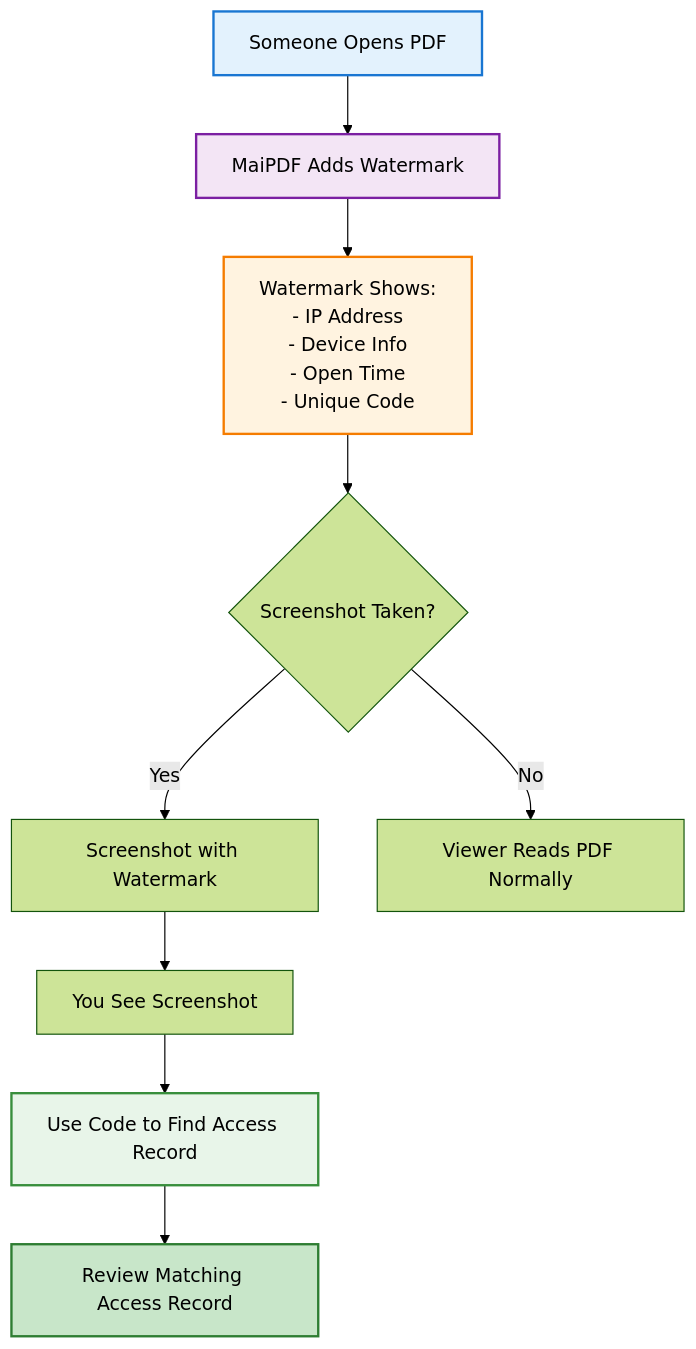
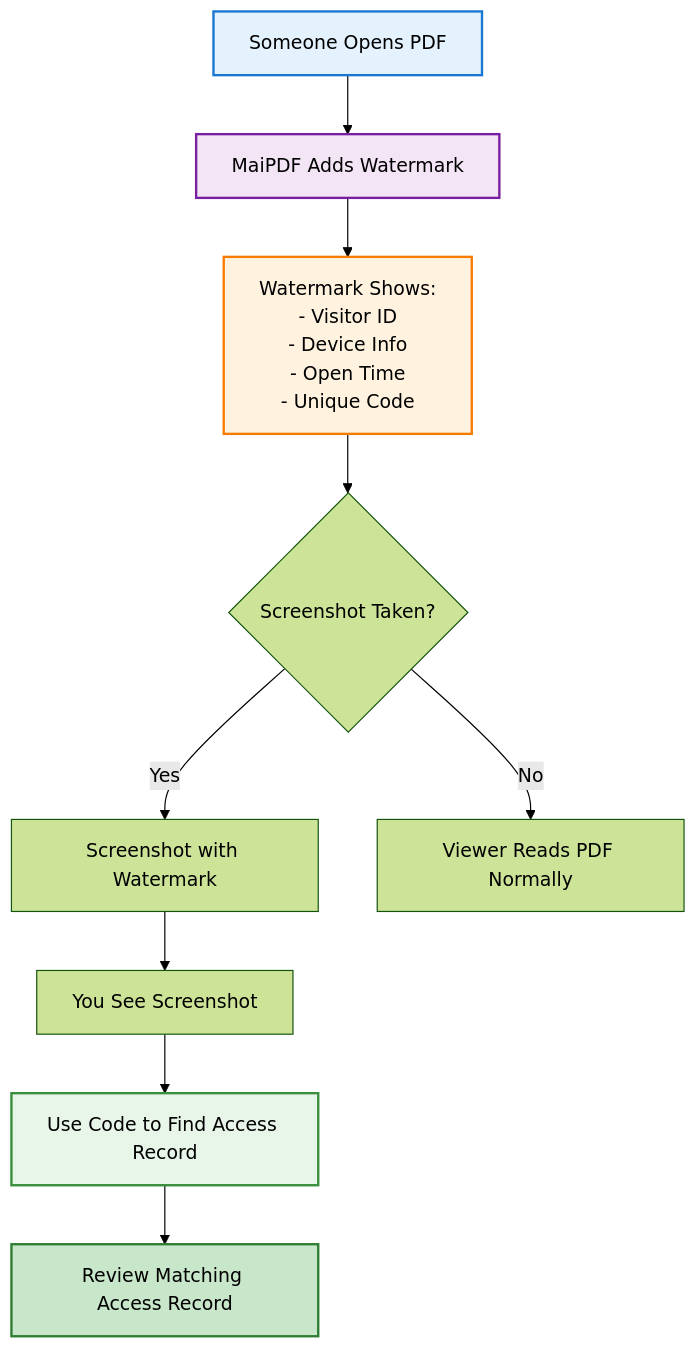
Before and after one commit to mythenigma/cloudflareAstro: the diagram in src/content/blog/en/dynamic-watermarks-on-pdf.md, drawn with Mermaid (forest theme). The commit also changed other lines of this file and 353 other files, not shown here.

````diff
--- a/src/content/blog/en/dynamic-watermarks-on-pdf.md
+++ b/src/content/blog/en/dynamic-watermarks-on-pdf.md
@@ -28,17 +28,17 @@
 ```mermaid
 flowchart TD
     A[Someone Opens PDF] --> B[MaiPDF Adds Watermark]
-    B --> C[Watermark Shows:<br/>- IP Address<br/>- Device Info<br/>- Open Time<br/>- Unique Code]
+    B --> C[Watermark Shows:<br/>- Visitor ID<br/>- Device Info<br/>- Open Time<br/>- Unique Code]
     C --> D{Screenshot Taken?}
     D -- Yes --> E[Screenshot with Watermark]
     E --> F[You See Screenshot]
     F --> G[Use Code to Find Access Record]
     G --> H[Review Matching Access Record]
     D -- No --> I[Viewer Reads PDF Normally]
     
     style A fill:#e3f2fd,stroke:#1976d2,stroke-width:2px
     style B fill:#f3e5f5,stroke:#7b1fa2,stroke-width:2px
     style C fill:#fff3e0,stroke:#f57c00,stroke-width:2px
     style G fill:#e8f5e9,stroke:#388e3c,stroke-width:2px
     style H fill:#c8e6c9,stroke:#2e7d32,stroke-width:2px
 ```
````
